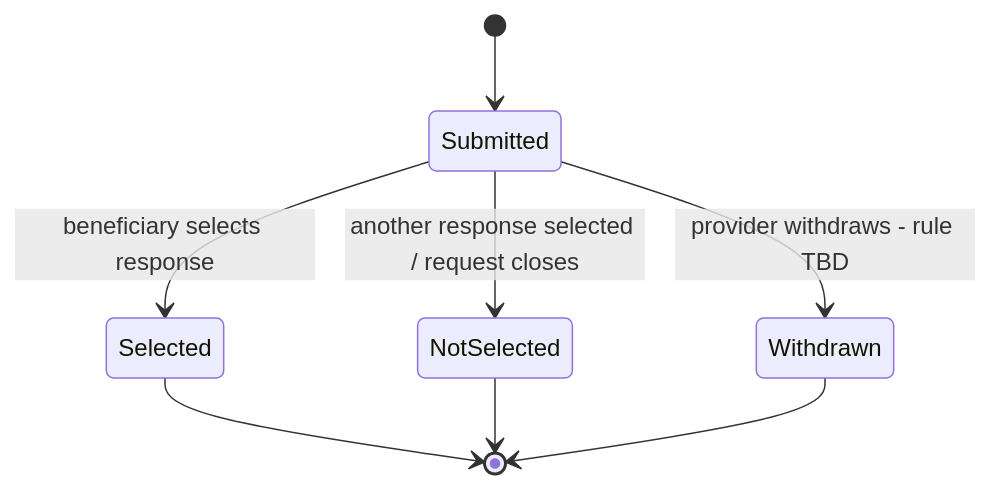
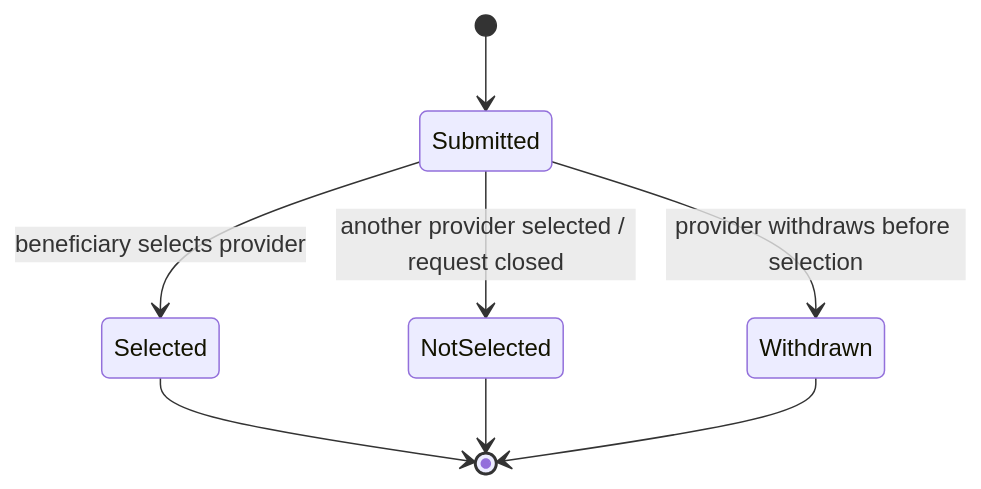
The second of 6 diagrams in docs/03-analysis/07-lifecycles.md (Yadd-SanaaUniversityGraduationProject/yadd), drawn with Mermaid before and after one commit. The commit also changed other lines of this file, not shown here.

Commit message:
analysis: revise request transaction invoice and rating lifecycles

````diff
--- a/docs/03-analysis/07-lifecycles.md
+++ b/docs/03-analysis/07-lifecycles.md
@@ -43,10 +28,10 @@
 ```mermaid
 stateDiagram-v2
     [*] --> Submitted
-    Submitted --> Selected: beneficiary selects response
-    Submitted --> NotSelected: another response selected / request closes
-    Submitted --> Withdrawn: provider withdraws - rule TBD
+    Submitted --> Selected: beneficiary selects provider
+    Submitted --> NotSelected: another provider selected / request closed
+    Submitted --> Withdrawn: provider withdraws before selection
     Selected --> [*]
     NotSelected --> [*]
     Withdrawn --> [*]
 ```
````
